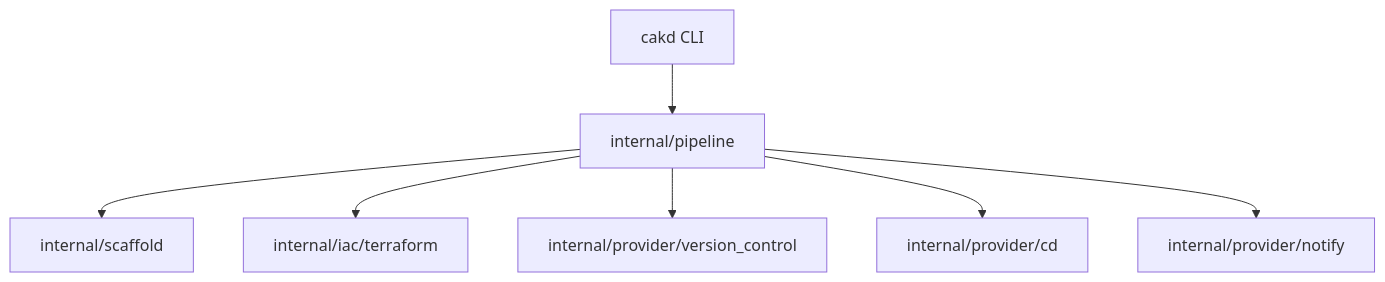
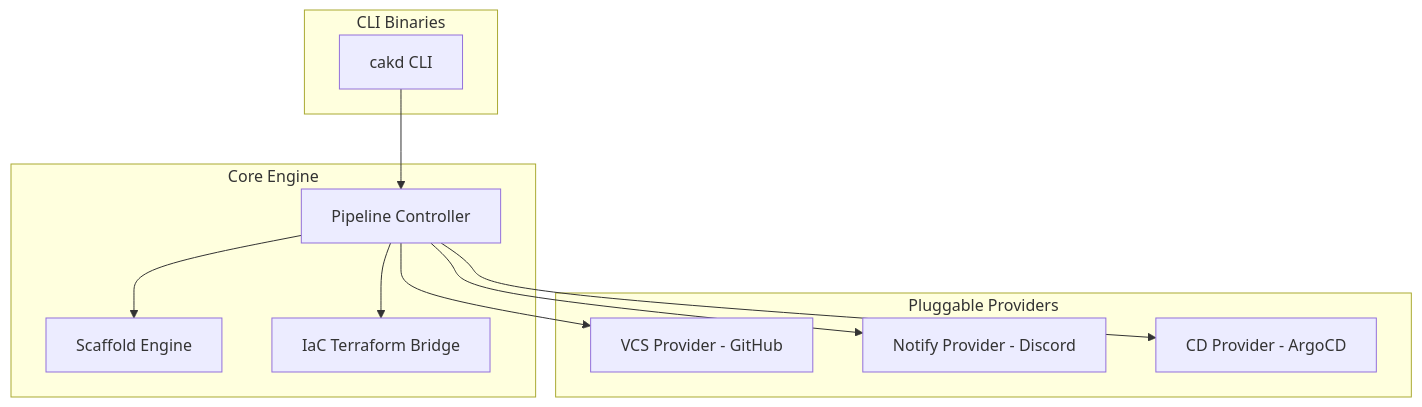
Before and after one commit to nguyentin05/cakd-platform: the diagram in docs/src/content/docs/explanation/architecture.md, drawn with Mermaid. The commit also changed other lines of this file and 5 other files, not shown here.

````diff
--- a/docs/src/content/docs/explanation/architecture.md
+++ b/docs/src/content/docs/explanation/architecture.md
@@ -67,9 +66,25 @@
 ```mermaid
 graph TD
-  CLI[cakd CLI] --> Pipeline[internal/pipeline]
-  Pipeline --> Scaffold[internal/scaffold]
-  Pipeline --> Terraform[internal/iac/terraform]
-  Pipeline --> VCS[internal/provider/version_control]
-  Pipeline --> CD[internal/provider/cd]
-  Pipeline --> Notify[internal/provider/notify]
+    subgraph CLI Binaries
+        CLI[cakd CLI]
+    end
+
+    subgraph Core Engine
+        Pipeline[Pipeline Controller]
+        Scaffold[Scaffold Engine]
+        IaC[IaC Terraform Bridge]
+    end
+
+    subgraph Pluggable Providers
+        VCS[VCS Provider - GitHub]
+        Notify[Notify Provider - Discord]
+        CD[CD Provider - ArgoCD]
+    end
+
+    CLI --> Pipeline
+    Pipeline --> Scaffold
+    Pipeline --> IaC
+    Pipeline --> VCS
+    Pipeline --> CD
+    Pipeline --> Notify
 ```
````
